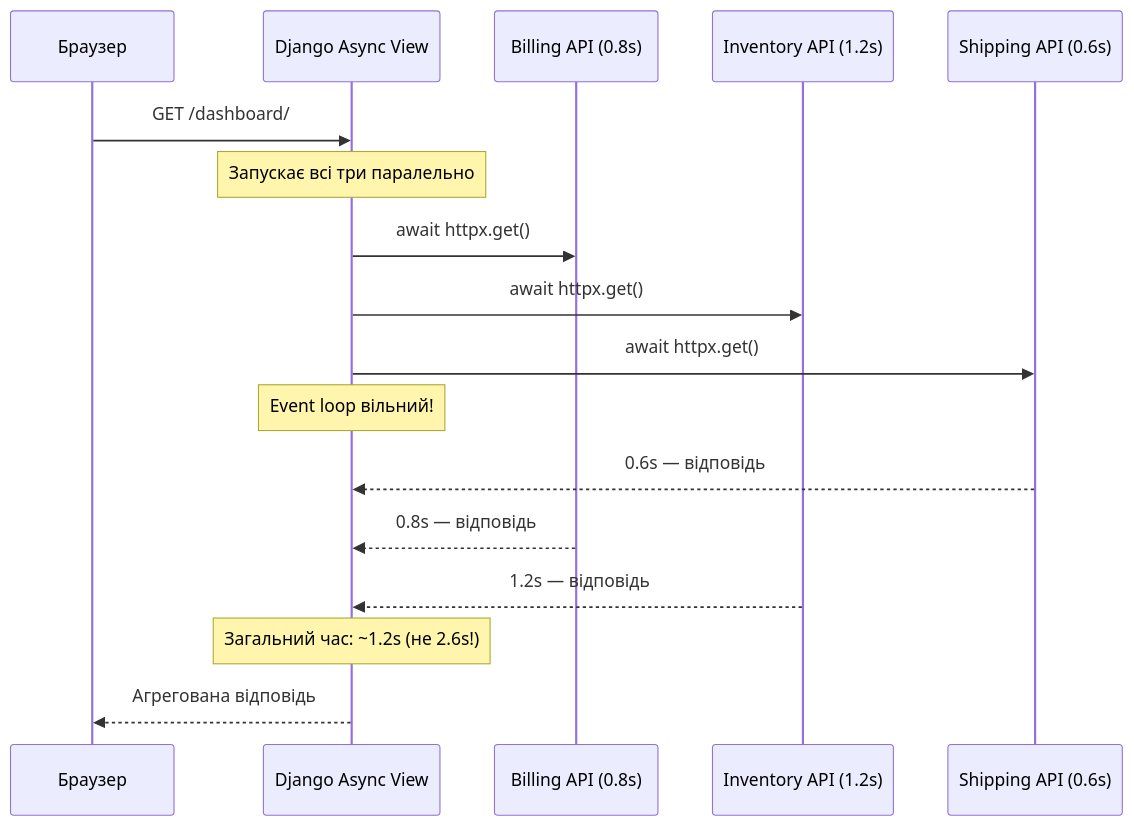
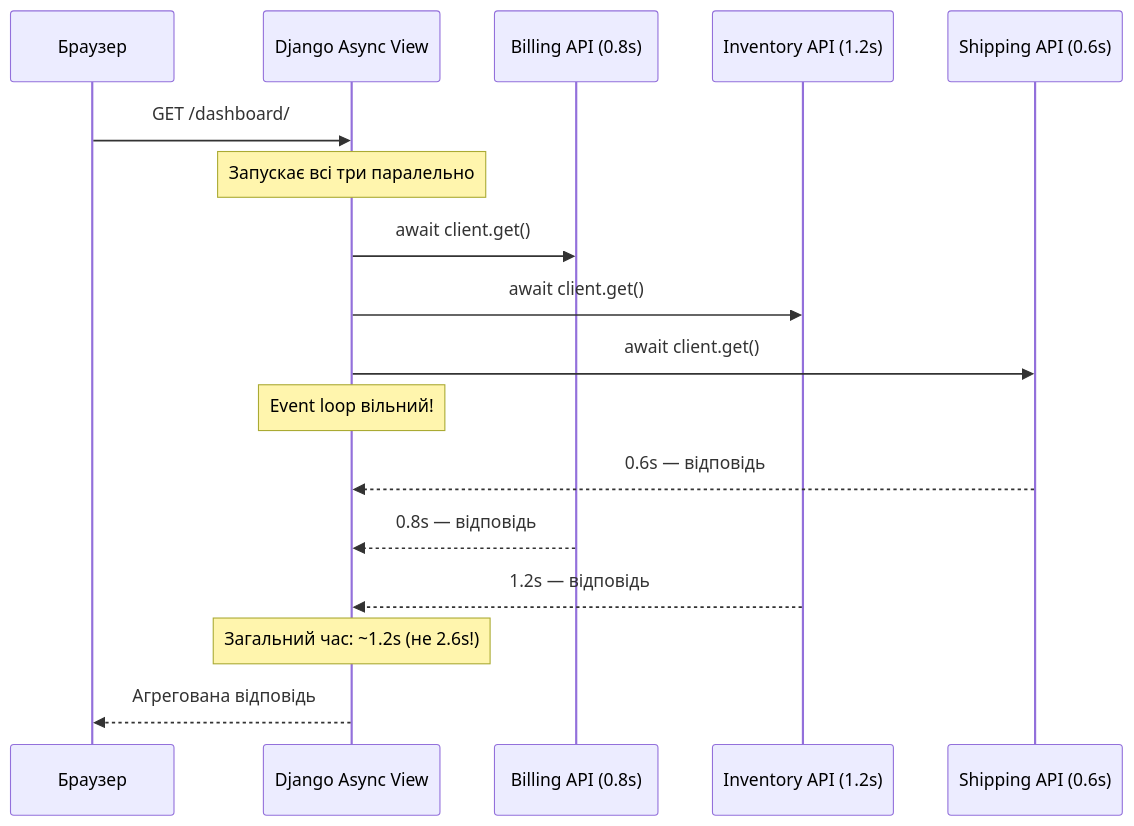
Before and after one commit to NikoriakViktot/notes_chat_app: the first of 5 diagrams in docs/09_async_and_realtime/async_09_async_use_cases_full.md, drawn with Mermaid. The commit also changed other lines of this file and 441 other files, not shown here.

First line of the commit message:
Add English version of the book, Mermaid standard, docs fixes

````diff
--- a/docs/09_async_and_realtime/async_09_async_use_cases_full.md
+++ b/docs/09_async_and_realtime/async_09_async_use_cases_full.md
@@ -46,20 +46,20 @@
 ```mermaid
 sequenceDiagram
     participant B as Браузер
     participant V as Django Async View
     participant A1 as Billing API (0.8s)
     participant A2 as Inventory API (1.2s)
     participant A3 as Shipping API (0.6s)
 
     B->>V: GET /dashboard/
     Note over V: Запускає всі три паралельно
-    V->>A1: await httpx.get()
-    V->>A2: await httpx.get()
-    V->>A3: await httpx.get()
+    V->>A1: await client.get()
+    V->>A2: await client.get()
+    V->>A3: await client.get()
     Note over V: Event loop вільний!
     A3-->>V: 0.6s — відповідь
     A1-->>V: 0.8s — відповідь
     A2-->>V: 1.2s — відповідь
     Note over V: Загальний час: ~1.2s (не 2.6s!)
     V-->>B: Агрегована відповідь
 ```
````
